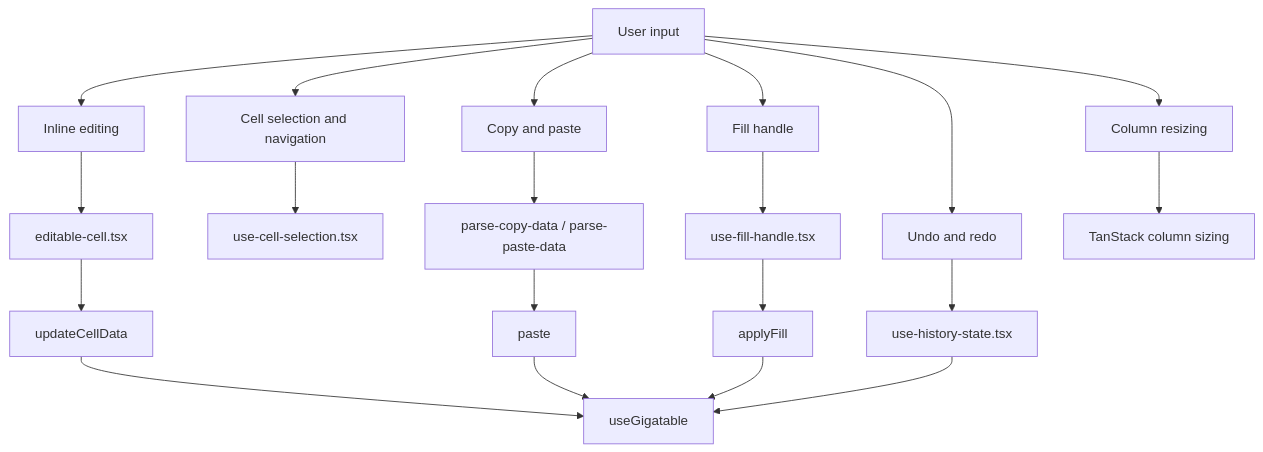
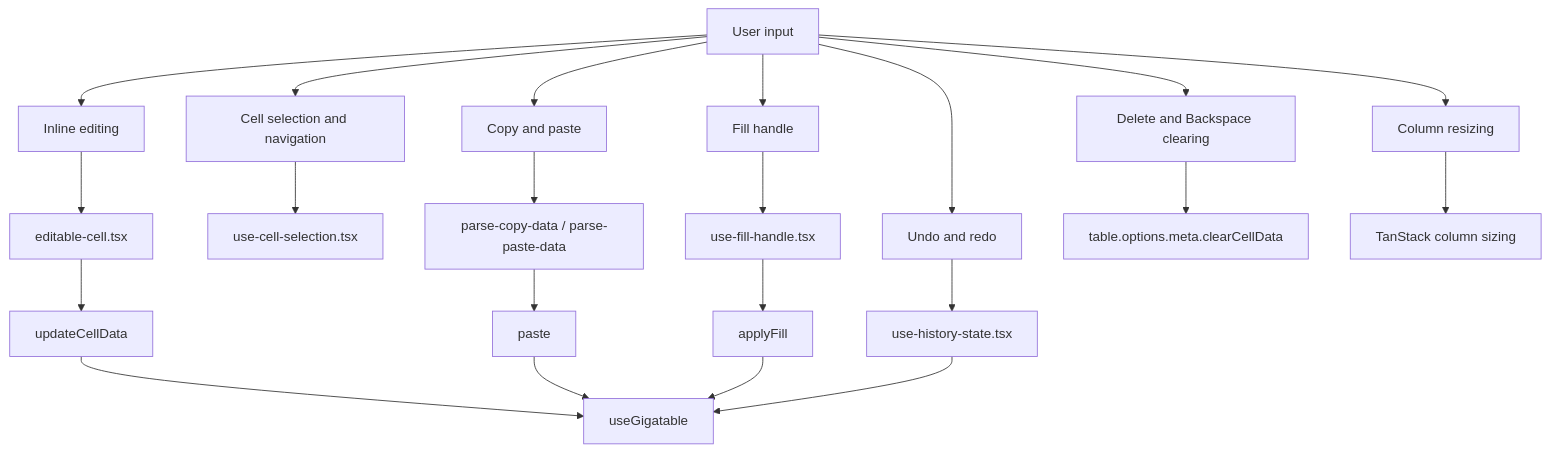
One commit to aikenahac/gigatable changed the first of 2 diagrams in src/docs/content/contributor-interactions.md. Above: the diagram before and after it, drawn with Mermaid. The commit also changed other lines of this file and 72 other files, not shown here.

````diff
--- a/src/docs/content/contributor-interactions.md
+++ b/src/docs/content/contributor-interactions.md
@@ -7,25 +7,27 @@
 ```mermaid
 graph TD
   User["User input"]
   User --> Select["Cell selection and navigation"]
   User --> Edit["Inline editing"]
   User --> Clipboard["Copy and paste"]
   User --> Fill["Fill handle"]
+  User --> Clear["Delete and Backspace clearing"]
   User --> Resize["Column resizing"]
   User --> History["Undo and redo"]
 
   Select --> SelectionHook["use-cell-selection.tsx"]
   Edit --> EditableCell["editable-cell.tsx"]
   Clipboard --> CopyPaste["parse-copy-data / parse-paste-data"]
   Fill --> FillHook["use-fill-handle.tsx"]
+  Clear --> Metadata["table.options.meta.clearCellData"]
   Resize --> TanStackSizing["TanStack column sizing"]
   History --> HistoryHook["use-history-state.tsx"]
 
   EditableCell --> Mutation["updateCellData"]
   CopyPaste --> Paste["paste"]
   FillHook --> ApplyFill["applyFill"]
   Mutation --> UseGigatable["useGigatable"]
   Paste --> UseGigatable
   ApplyFill --> UseGigatable
   HistoryHook --> UseGigatable
 ```
````
